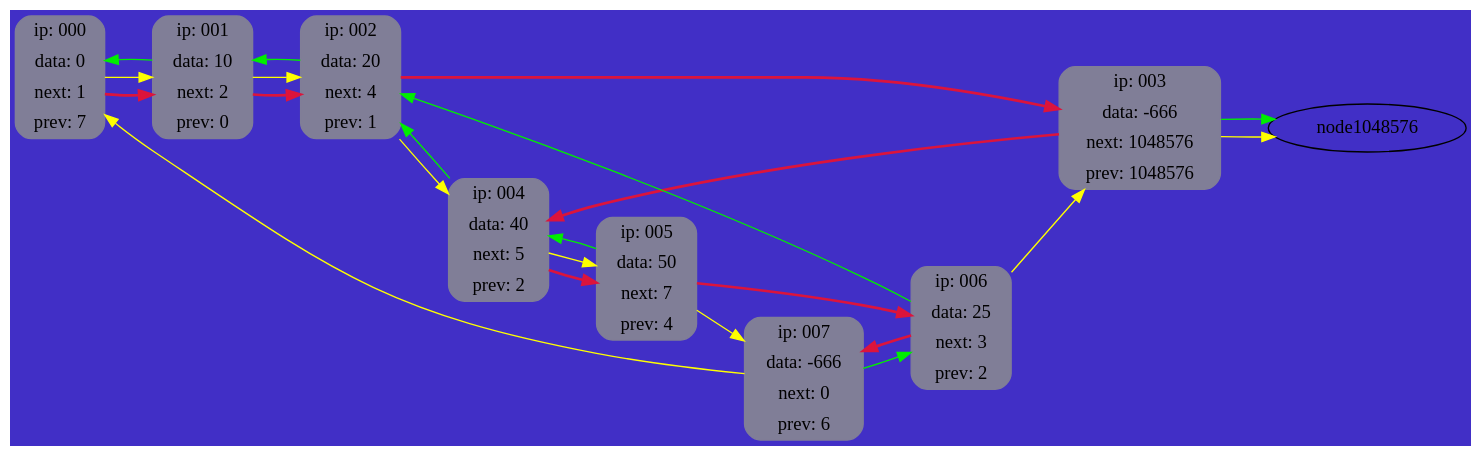
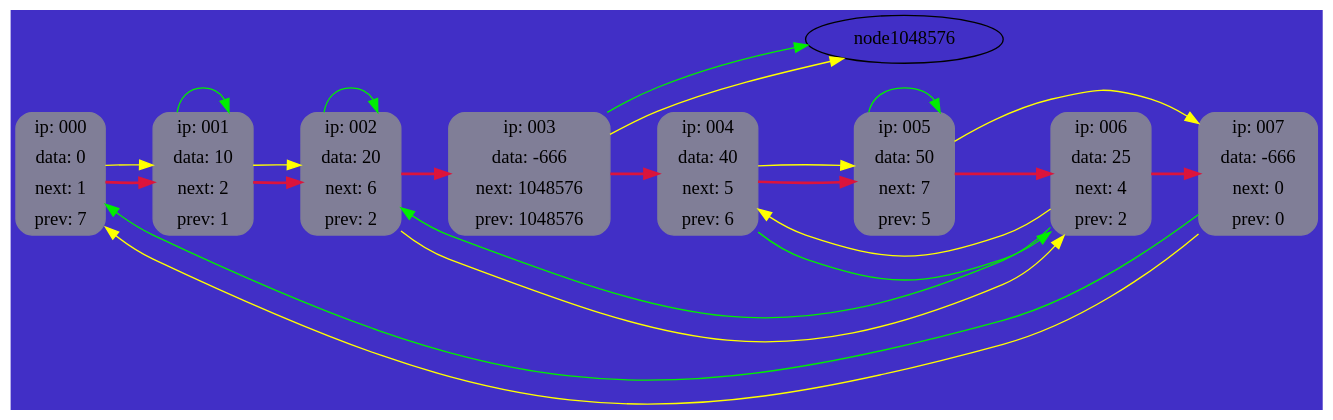
One commit to kirilldok/List changed the diagram in run/graphviz.gv. Above: the diagram before and after it, drawn with Graphviz. The commit also changed 11 other files, not shown here.

```diff
--- a/run/graphviz.gv
+++ b/run/graphviz.gv
@@ -1,40 +1,40 @@
 digraph List 
 {
 	rankdir = LR;
 	bgcolor = "#412FC6"
 
 	node000 [shape = "Mrecord"; style = "filled"; color = "#807E97"; label = "{ ip: 000} | {data: 0} | {next: 1} | {prev: 7} " ];
-	node001 [shape = "Mrecord"; style = "filled"; color = "#807E97"; label = "{ ip: 001} | {data: 10} | {next: 2} | {prev: 0} " ];
-	node002 [shape = "Mrecord"; style = "filled"; color = "#807E97"; label = "{ ip: 002} | {data: 20} | {next: 4} | {prev: 1} " ];
+	node001 [shape = "Mrecord"; style = "filled"; color = "#807E97"; label = "{ ip: 001} | {data: 10} | {next: 2} | {prev: 1} " ];
+	node002 [shape = "Mrecord"; style = "filled"; color = "#807E97"; label = "{ ip: 002} | {data: 20} | {next: 6} | {prev: 2} " ];
 	node003 [shape = "Mrecord"; style = "filled"; color = "#807E97"; label = "{ ip: 003} | {data: -666} | {next: 1048576} | {prev: 1048576} " ];
-	node004 [shape = "Mrecord"; style = "filled"; color = "#807E97"; label = "{ ip: 004} | {data: 40} | {next: 5} | {prev: 2} " ];
-	node005 [shape = "Mrecord"; style = "filled"; color = "#807E97"; label = "{ ip: 005} | {data: 50} | {next: 7} | {prev: 4} " ];
-	node006 [shape = "Mrecord"; style = "filled"; color = "#807E97"; label = "{ ip: 006} | {data: 25} | {next: 3} | {prev: 2} " ];
-	node007 [shape = "Mrecord"; style = "filled"; color = "#807E97"; label = "{ ip: 007} | {data: -666} | {next: 0} | {prev: 6} " ];
+	node004 [shape = "Mrecord"; style = "filled"; color = "#807E97"; label = "{ ip: 004} | {data: 40} | {next: 5} | {prev: 6} " ];
+	node005 [shape = "Mrecord"; style = "filled"; color = "#807E97"; label = "{ ip: 005} | {data: 50} | {next: 7} | {prev: 5} " ];
+	node006 [shape = "Mrecord"; style = "filled"; color = "#807E97"; label = "{ ip: 006} | {data: 25} | {next: 4} | {prev: 2} " ];
+	node007 [shape = "Mrecord"; style = "filled"; color = "#807E97"; label = "{ ip: 007} | {data: -666} | {next: 0} | {prev: 0} " ];
 
 	node000 -> node001 [style = bold; weight = 10000; color = crimson; ];
 	node001 -> node002 [style = bold; weight = 10000; color = crimson; ];
 	node002 -> node003 [style = bold; weight = 10000; color = crimson; ];
 	node003 -> node004 [style = bold; weight = 10000; color = crimson; ];
 	node004 -> node005 [style = bold; weight = 10000; color = crimson; ];
 	node005 -> node006 [style = bold; weight = 10000; color = crimson; ];
 	node006 -> node007 [style = bold; weight = 10000; color = crimson; ];
 
 	node000 -> node001 [weight = 0; color  = yellow1; ];
 	node001 -> node002 [weight = 0; color  = yellow1; ];
-	node002 -> node004 [weight = 0; color  = yellow1; ];
+	node002 -> node006 [weight = 0; color  = yellow1; ];
 	node003 -> node1048576 [weight = 0; color  = yellow1; ];
 	node004 -> node005 [weight = 0; color  = yellow1; ];
 	node005 -> node007 [weight = 0; color  = yellow1; ];
-	node006 -> node003 [weight = 0; color  = yellow1; ];
+	node006 -> node004 [weight = 0; color  = yellow1; ];
 	node007 -> node000 [weight = 0; color  = yellow1; ];
 
-	node007 -> node006 [weight = 0; color  = green2; ];
+	node007 -> node000 [weight = 0; color  = green2; ];
 	node006 -> node002 [weight = 0; color  = green2; ];
-	node005 -> node004 [weight = 0; color  = green2; ];
-	node004 -> node002 [weight = 0; color  = green2; ];
+	node005 -> node005 [weight = 0; color  = green2; ];
+	node004 -> node006 [weight = 0; color  = green2; ];
 	node003 -> node1048576 [weight = 0; color  = green2; ];
-	node002 -> node001 [weight = 0; color  = green2; ];
-	node001 -> node000 [weight = 0; color  = green2; ];
+	node002 -> node002 [weight = 0; color  = green2; ];
+	node001 -> node001 [weight = 0; color  = green2; ];
 
 }
```
